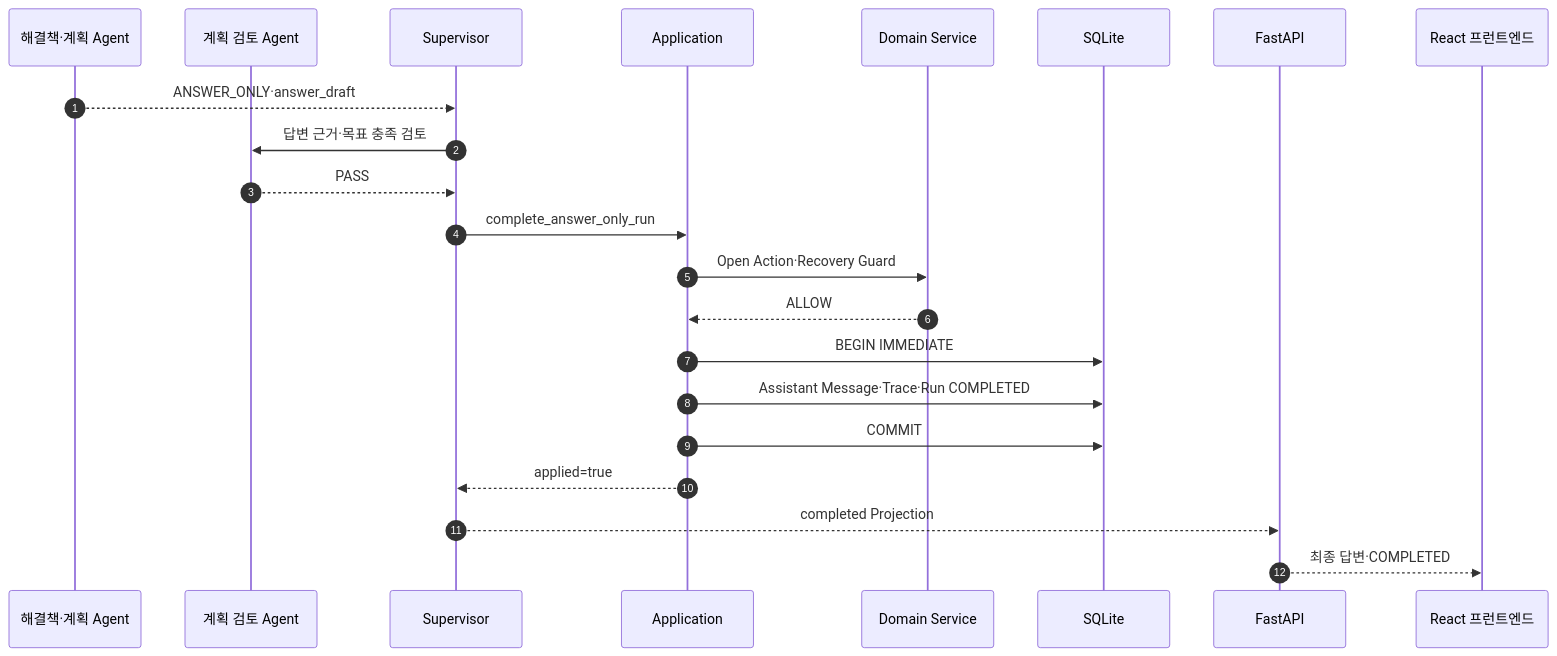
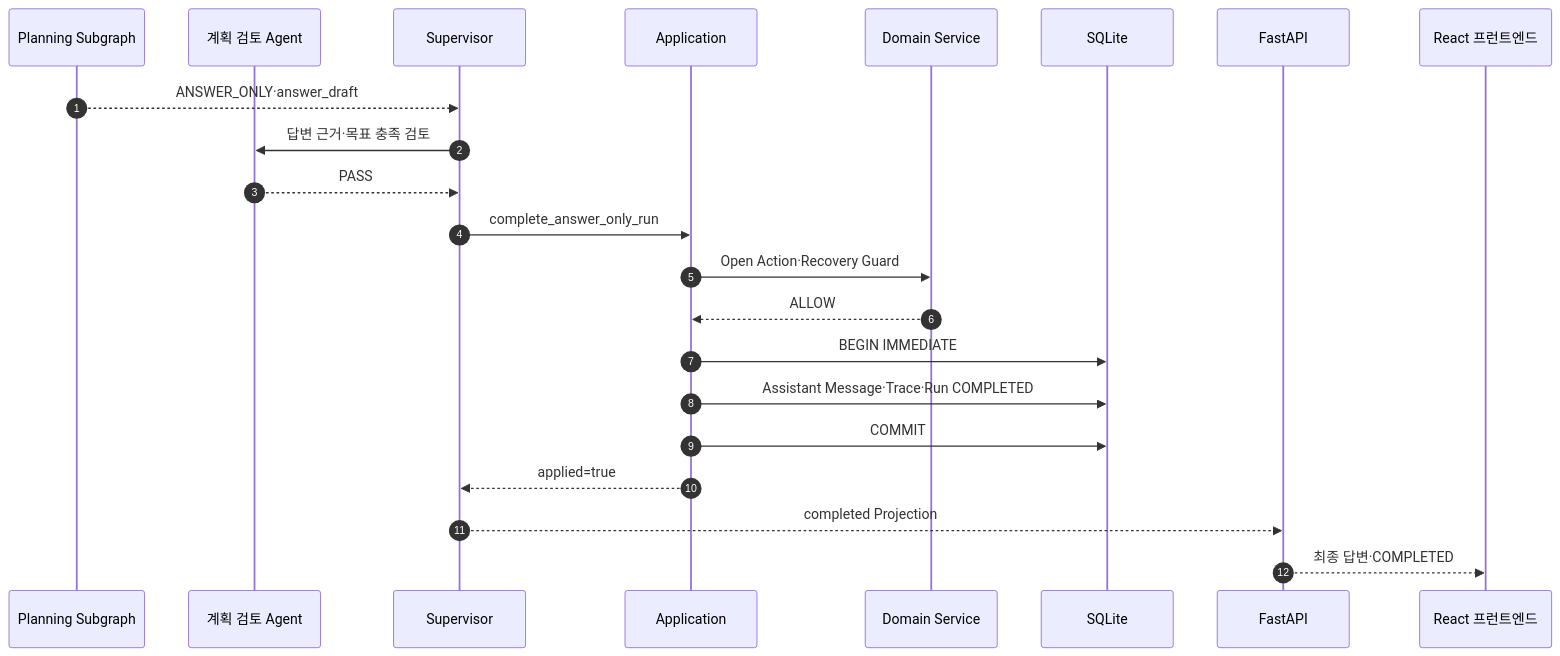
Before and after one commit to solar-ai-dev/google-work-agent: the seventh of 20 diagrams in docs/08-sequence-design.md, drawn with Mermaid. The commit also changed other lines of this file and 22 other files, not shown here.

````diff
--- a/docs/08-sequence-design.md
+++ b/docs/08-sequence-design.md
@@ -322,25 +408,25 @@
 ```mermaid
 sequenceDiagram
     autonumber
-    participant PLAN as 해결책·계획 Agent
+    participant PLAN as Planning Subgraph
     participant REVIEW as 계획 검토 Agent
     participant SUP as Supervisor
     participant APP as Application
     participant DOM as Domain Service
     participant DB as SQLite
     participant API as FastAPI
     participant FE as React 프런트엔드
 
     PLAN-->>SUP: ANSWER_ONLY·answer_draft
     SUP->>REVIEW: 답변 근거·목표 충족 검토
     REVIEW-->>SUP: PASS
     SUP->>APP: complete_answer_only_run
     APP->>DOM: Open Action·Recovery Guard
     DOM-->>APP: ALLOW
     APP->>DB: BEGIN IMMEDIATE
     APP->>DB: Assistant Message·Trace·Run COMPLETED
     APP->>DB: COMMIT
     APP-->>SUP: applied=true
     SUP-->>API: completed Projection
     API-->>FE: 최종 답변·COMPLETED
 ```
````
